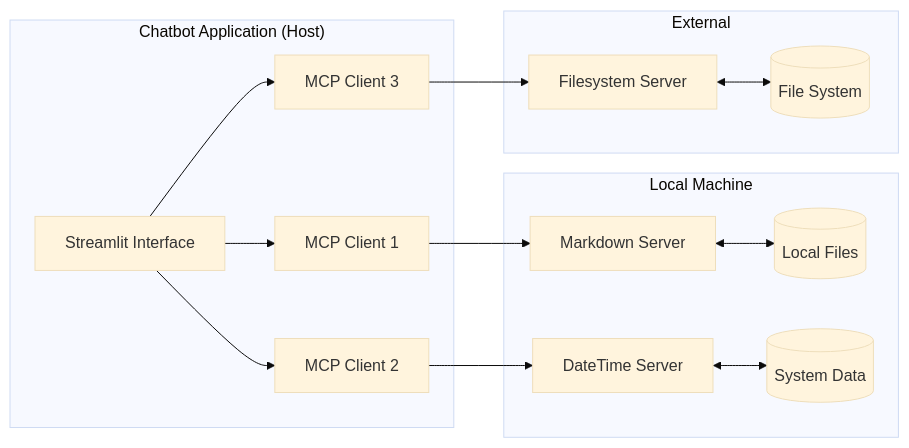
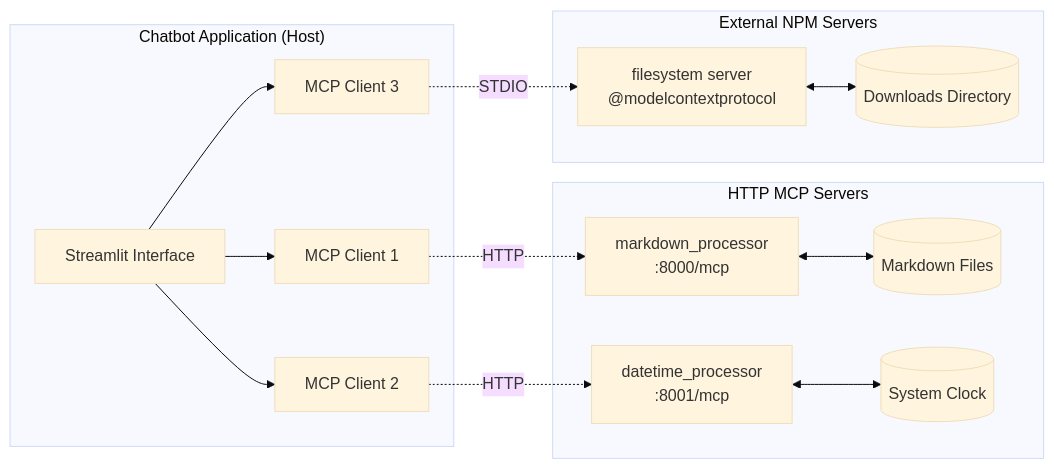
Before and after one commit to adamsiemaszkiewicz/ubs-mcp-poc: the first of 4 diagrams in README.md, drawn with Mermaid (base theme). The commit also changed other lines of this file, not shown here.

````diff
--- a/README.md
+++ b/README.md
@@ -15,32 +15,32 @@
 ```mermaid
 flowchart LR
     subgraph "Chatbot Application (Host)"
         H[Streamlit Interface]
         C1[MCP Client 1]
         C2[MCP Client 2]
         C3[MCP Client 3]
         H --> C1
         H --> C2  
         H --> C3
     end
 
-    subgraph "Local Machine"
-        S1[Markdown Server]
-        S2[DateTime Server]
-        R1[("Local Files")]
-        R2[("System Data")]
+    subgraph "HTTP MCP Servers"
+        S1[markdown_processor<br/>:8000/mcp]
+        S2[datetime_processor<br/>:8001/mcp]
+        R1[("Markdown Files")]
+        R2[("System Clock")]
         
-        C1 --> S1
-        C2 --> S2
+        C1 -.HTTP.-> S1
+        C2 -.HTTP.-> S2
         S1 <--> R1
         S2 <--> R2
     end
 
-    subgraph "External"
-        S3[Filesystem Server]
-        R3[("File System")]
+    subgraph "External NPM Servers"
+        S3[filesystem server<br/>@modelcontextprotocol]
+        R3[("Downloads Directory")]
         
-        C3 --> S3
+        C3 -.STDIO.-> S3
         S3 <--> R3
     end
 ```
````
